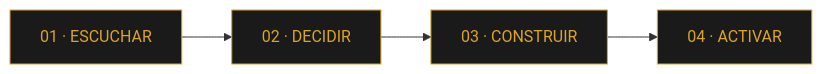
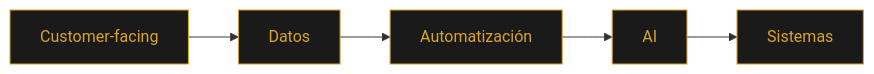
One commit to GracianB/GracianB changed the third of 4 diagrams in README.md. Above: the diagram before and after it, drawn with Mermaid. The commit also changed other lines of this file, not shown here.

````diff
--- a/README.md
+++ b/README.md
@@ -318,11 +260,10 @@
 ```mermaid
 flowchart LR
-    A["01 · ESCUCHAR"] --> B["02 · DECIDIR"]
-    B --> C["03 · CONSTRUIR"]
-    C --> D["04 · ACTIVAR"]
+    A[Customer-facing] --> B[Datos] --> C[Automatización] --> D[AI] --> E[Sistemas]
 
     style A fill:#1a1a1a,stroke:#DAA428,color:#DAA428
     style B fill:#1a1a1a,stroke:#DAA428,color:#DAA428
     style C fill:#1a1a1a,stroke:#DAA428,color:#DAA428
     style D fill:#1a1a1a,stroke:#DAA428,color:#DAA428
+    style E fill:#1a1a1a,stroke:#DAA428,color:#DAA428
 ```
````
